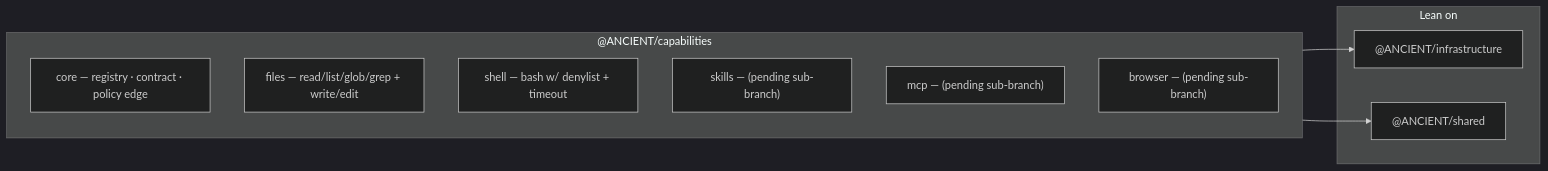
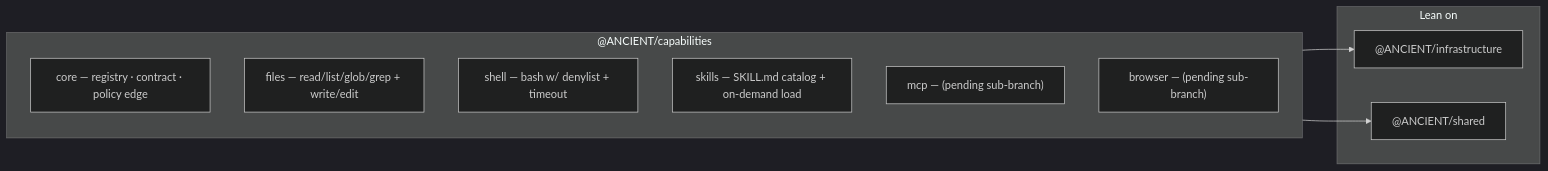
The diagram in docs/architecture/CAPABILITIES.md (D-engahmed/ancient), drawn with Mermaid (dark theme) before and after one commit. The commit also changed other lines of this file and 1 other file, not shown here.

First line of the commit message:
docs(capabilities): mark skills sub-layer done (README + CAPABILITIES.md)

````diff
--- a/docs/architecture/CAPABILITIES.md
+++ b/docs/architecture/CAPABILITIES.md
@@ -11,17 +11,17 @@
 ```mermaid
 flowchart LR
     subgraph CAP["@ANCIENT/capabilities"]
         CORE["core — registry · contract · policy edge"]
         F["files — read/list/glob/grep + write/edit"]
         S["shell — bash w/ denylist + timeout"]
-        SK["skills — (pending sub-branch)"]
+        SK["skills — SKILL.md catalog + on-demand load"]
         M["mcp — (pending sub-branch)"]
         B["browser — (pending sub-branch)"]
     end
     subgraph LOWER["Lean on"]
         INFRA["@ANCIENT/infrastructure"]
         SHARED["@ANCIENT/shared"]
     end
     CAP --> INFRA
     CAP --> SHARED
 ```
````
